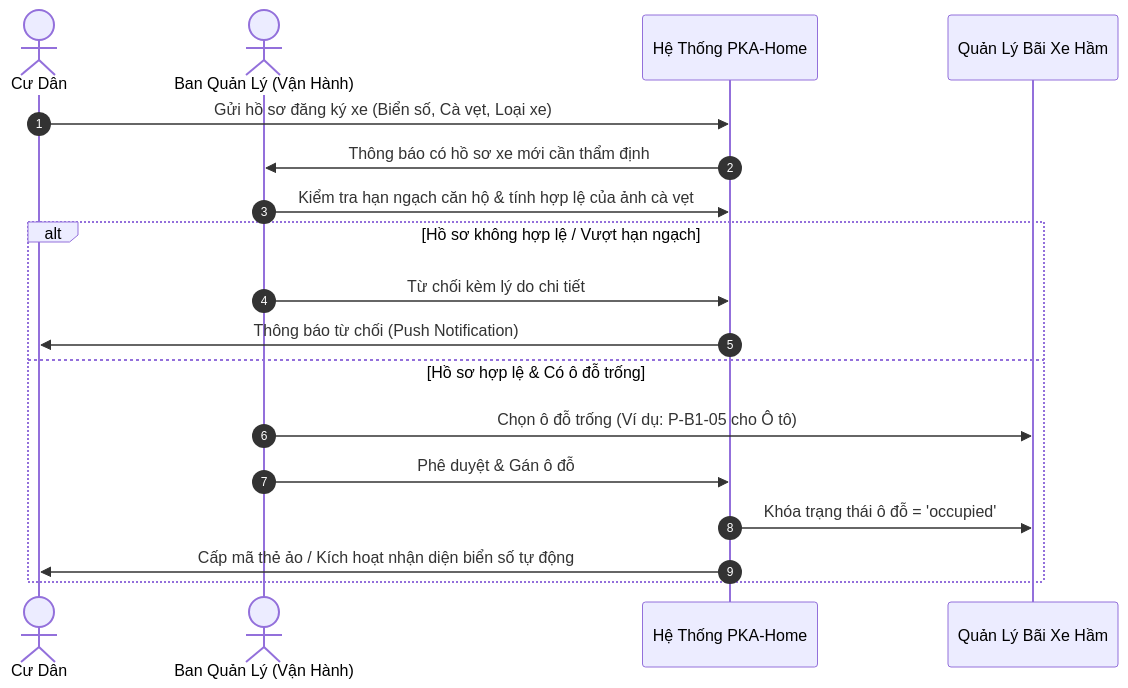
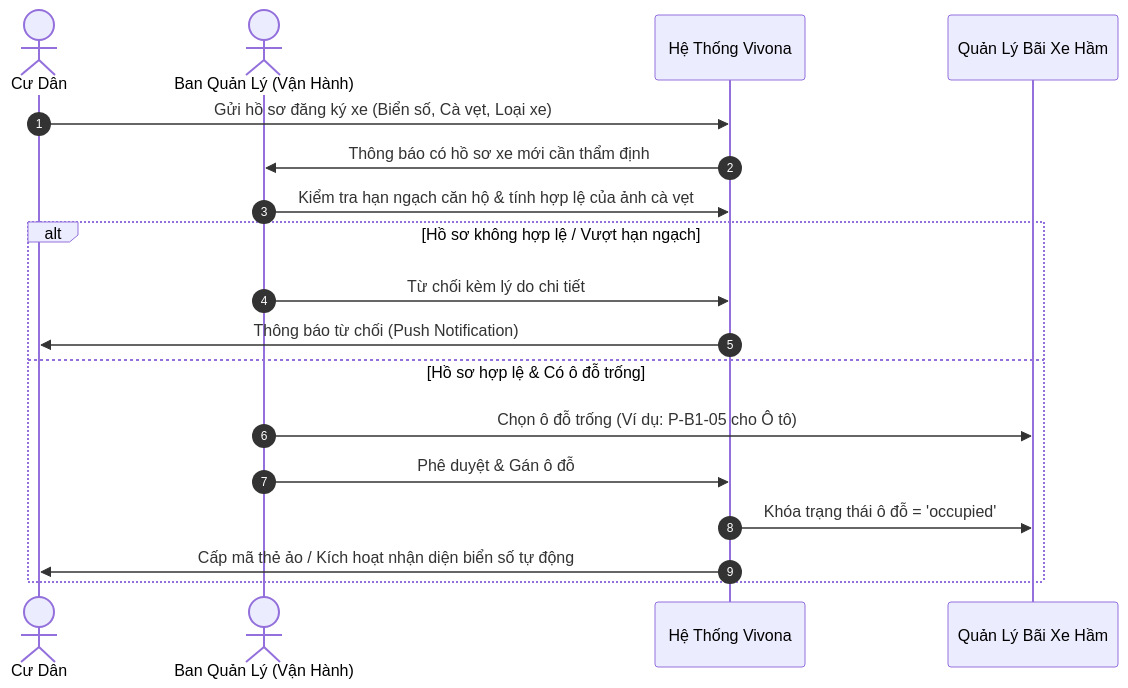
Before and after one commit to PVM-05/PKA-Home: the second of 4 diagrams in docs/QUY_TRINH_VAN_HANH_BQL_SOP.md, drawn with Mermaid. The commit also changed other lines of this file and 405 other files, not shown here.

Commit message:
feat(brand): tai dinh vi thuong hieu toan dien tu pka-home sang vivona (cap do 3)

````diff
--- a/docs/QUY_TRINH_VAN_HANH_BQL_SOP.md
+++ b/docs/QUY_TRINH_VAN_HANH_BQL_SOP.md
@@ -91,21 +91,21 @@
 ```mermaid
 sequenceDiagram
     autonumber
     actor Resident as Cư Dân
     actor Staff as Ban Quản Lý (Vận Hành)
-    participant System as Hệ Thống PKA-Home
+    participant System as Hệ Thống Vivona
     participant Parking as Quản Lý Bãi Xe Hầm
 
     Resident->>System: Gửi hồ sơ đăng ký xe (Biển số, Cà vẹt, Loại xe)
     System->>Staff: Thông báo có hồ sơ xe mới cần thẩm định
     Staff->>System: Kiểm tra hạn ngạch căn hộ & tính hợp lệ của ảnh cà vẹt
     alt Hồ sơ không hợp lệ / Vượt hạn ngạch
         Staff->>System: Từ chối kèm lý do chi tiết
         System->>Resident: Thông báo từ chối (Push Notification)
     else Hồ sơ hợp lệ & Có ô đỗ trống
         Staff->>Parking: Chọn ô đỗ trống (Ví dụ: P-B1-05 cho Ô tô)
         Staff->>System: Phê duyệt & Gán ô đỗ
         System->>Parking: Khóa trạng thái ô đỗ = 'occupied'
         System->>Resident: Cấp mã thẻ ảo / Kích hoạt nhận diện biển số tự động
     end
 ```
````
